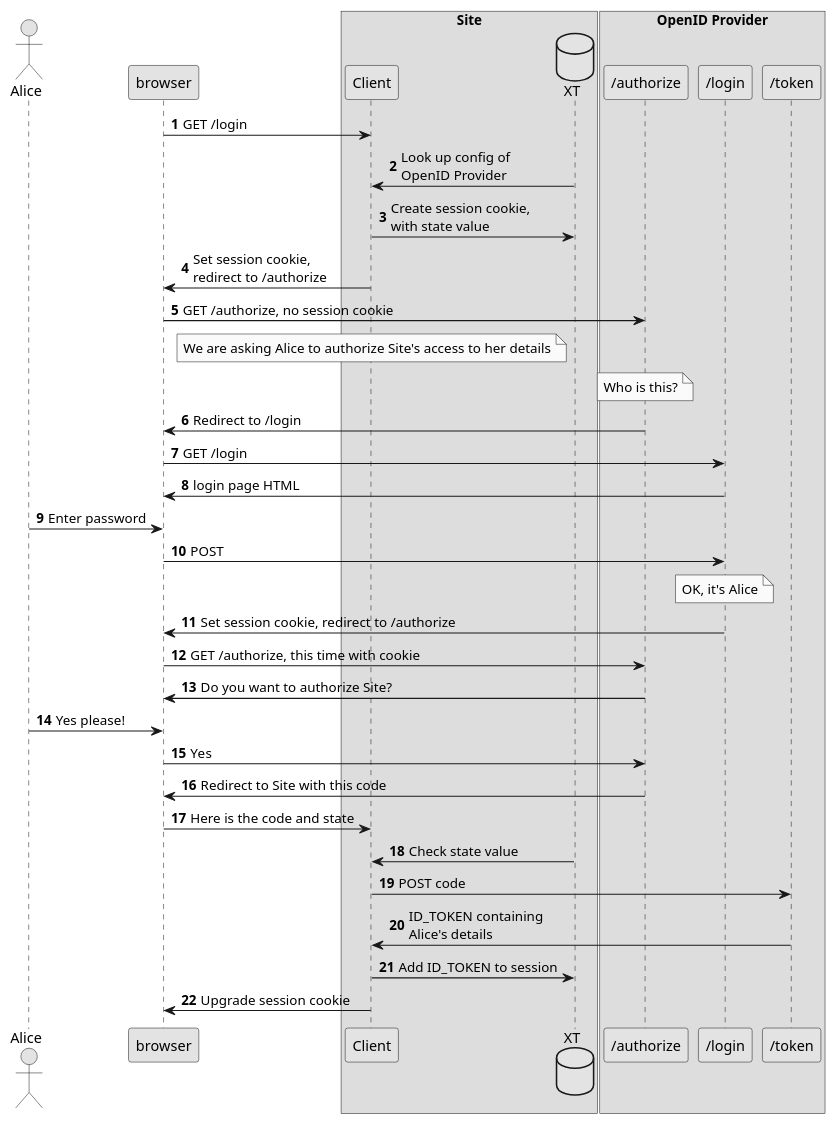
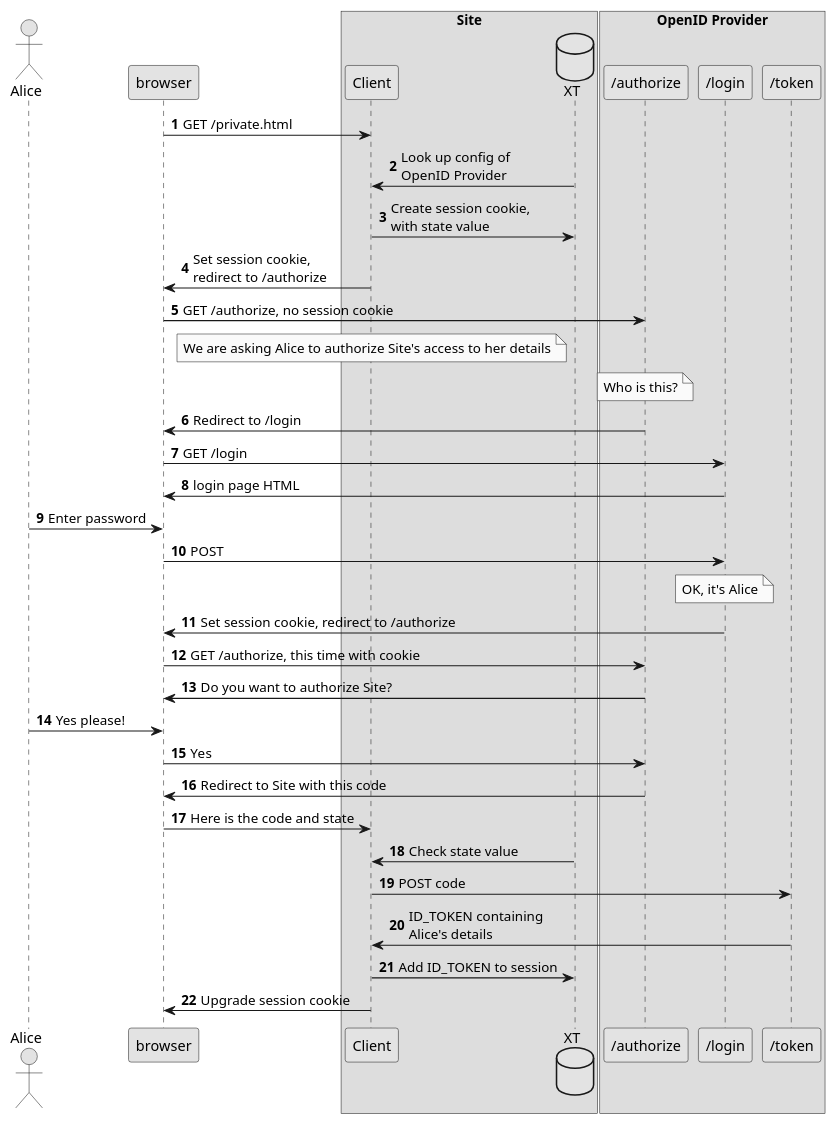
Before and after one commit to third-bridge/site: the diagram in doc/next/Authentication.adoc, drawn with PlantUML. The commit also changed other lines of this file and 13 other files, not shown here.

```diff
--- a/doc/next/Authentication.adoc
+++ b/doc/next/Authentication.adoc
@@ -241,46 +279,46 @@
 [plantuml,authentication-flow,png]
 ....
 skinparam monochrome true
 autonumber
 
 actor Alice as user
 participant browser
 
 box Site
 participant Client as site
 database XT
 end box
 
 box "OpenID Provider"
 participant "/authorize" as auth
 participant "/login" as login
 participant "/token" as token
-end box
+End box
 
-browser -> site: GET /login
+browser -> site: GET /private.html
 site <- XT: Look up config of\nOpenID Provider
 site -> XT: Create session cookie,\nwith state value
 site -> browser: Set session cookie,\nredirect to /authorize
 browser -> auth: GET /authorize, no session cookie
 note over site: We are asking Alice to authorize Site's access to her details
 note over auth: Who is this?
 auth -> browser: Redirect to /login
 browser -> login: GET /login
 login -> browser: login page HTML
 user -> browser: Enter password
 browser -> login: POST
 note over login: OK, it's Alice
 login -> browser: Set session cookie, redirect to /authorize
 browser -> auth: GET /authorize, this time with cookie
 auth -> browser: Do you want to authorize Site?
 user -> browser: Yes please!
 browser -> auth: Yes
 auth -> browser: Redirect to Site with this code
 browser -> site: Here is the code and state
 site <- XT: Check state value
 site -> token: POST code
 token -> site: ID_TOKEN containing\nAlice's details
 site -> XT: Add ID_TOKEN to session
 site -> browser: Upgrade session cookie
 
 ....
```
